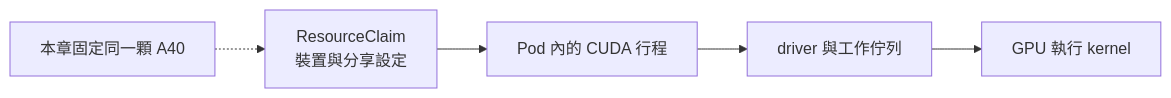
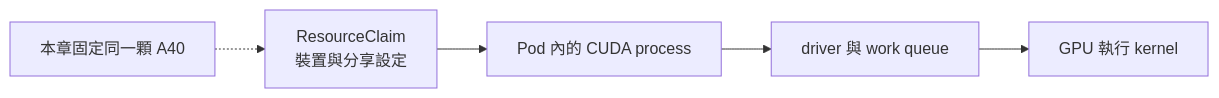
The first of 5 diagrams in book/05-performance/README.md (Daniel77871/dra-gpu-sharing-in-practice), drawn with Mermaid before and after one commit. The commit also changed other lines of this file and 80 other files, not shown here.

````diff
--- a/book/05-performance/README.md
+++ b/book/05-performance/README.md
@@ -15,7 +15,7 @@
 ```mermaid
 flowchart LR
-  C["ResourceClaim<br/>裝置與分享設定"] --> P["Pod 內的 CUDA 行程"]
-  P --> Q["driver 與工作佇列"]
+  C["ResourceClaim<br/>裝置與分享設定"] --> P["Pod 內的 CUDA process"]
+  P --> Q["driver 與 work queue"]
   Q --> G["GPU 執行 kernel"]
   N["本章固定同一顆 A40"] -.-> C
 ```
````
